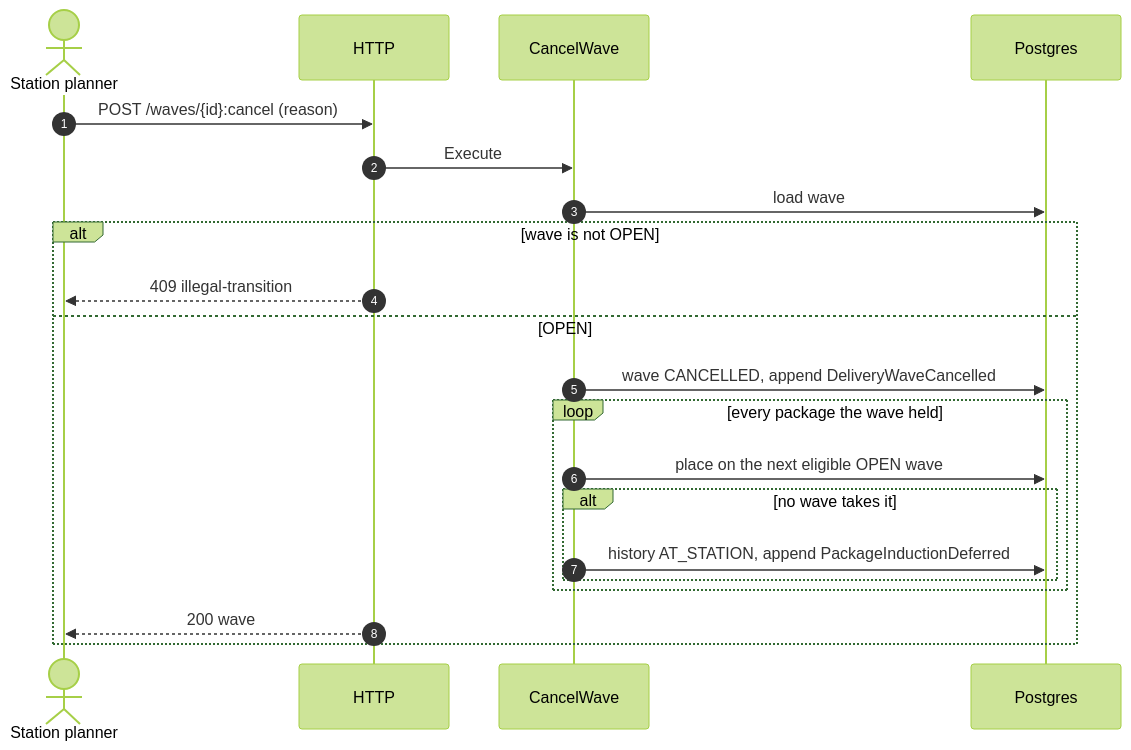
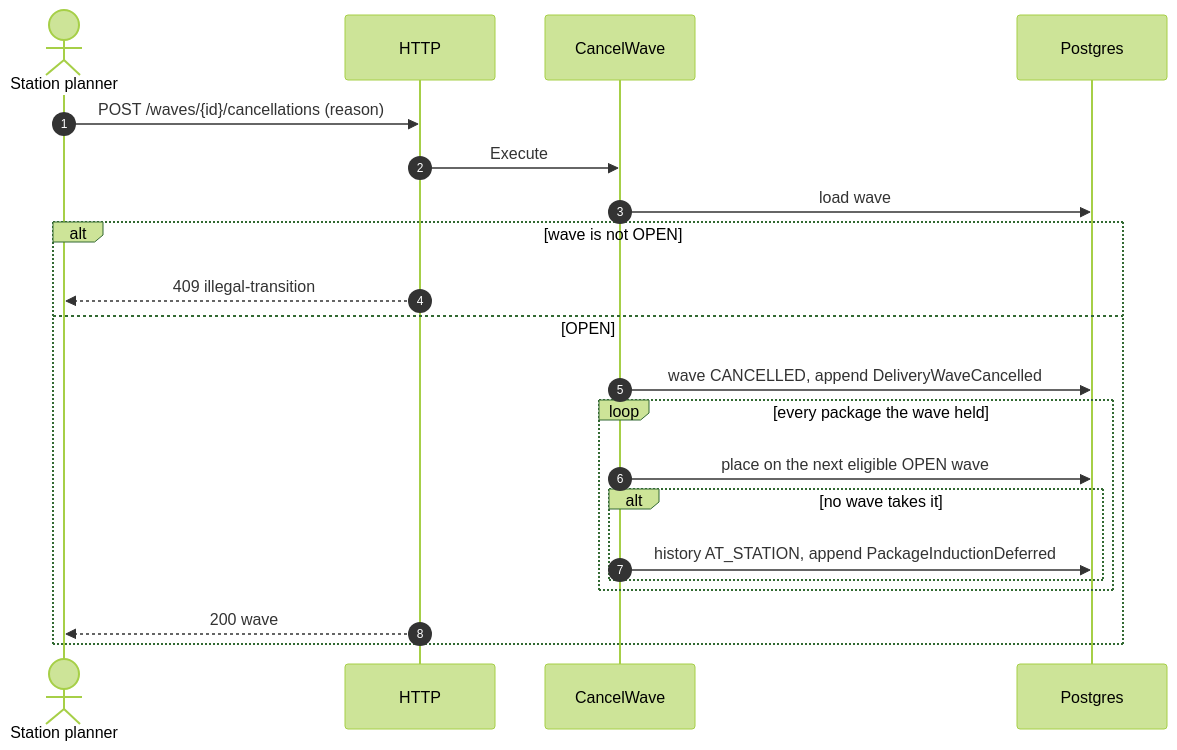
Before and after one commit to IQVO/last-mile-delivery: the fifth of 6 diagrams in docs/docs/ddd/sequence-diagrams.md, drawn with Mermaid (forest theme). The commit also changed other lines of this file and 53 other files, not shown here.

````diff
--- a/docs/docs/ddd/sequence-diagrams.md
+++ b/docs/docs/ddd/sequence-diagrams.md
@@ -158,23 +158,23 @@
 ```mermaid
 sequenceDiagram
     autonumber
     actor SP as Station planner
     participant HTTP
     participant UC as CancelWave
     participant DB as Postgres
-    SP->>HTTP: POST /waves/{id}:cancel (reason)
+    SP->>HTTP: POST /waves/{id}/cancellations (reason)
     HTTP->>UC: Execute
     UC->>DB: load wave
     alt wave is not OPEN
         HTTP-->>SP: 409 illegal-transition
     else OPEN
         UC->>DB: wave CANCELLED, append DeliveryWaveCancelled
         loop every package the wave held
             UC->>DB: place on the next eligible OPEN wave
             alt no wave takes it
                 UC->>DB: history AT_STATION, append PackageInductionDeferred
             end
         end
         HTTP-->>SP: 200 wave
     end
 ```
````
